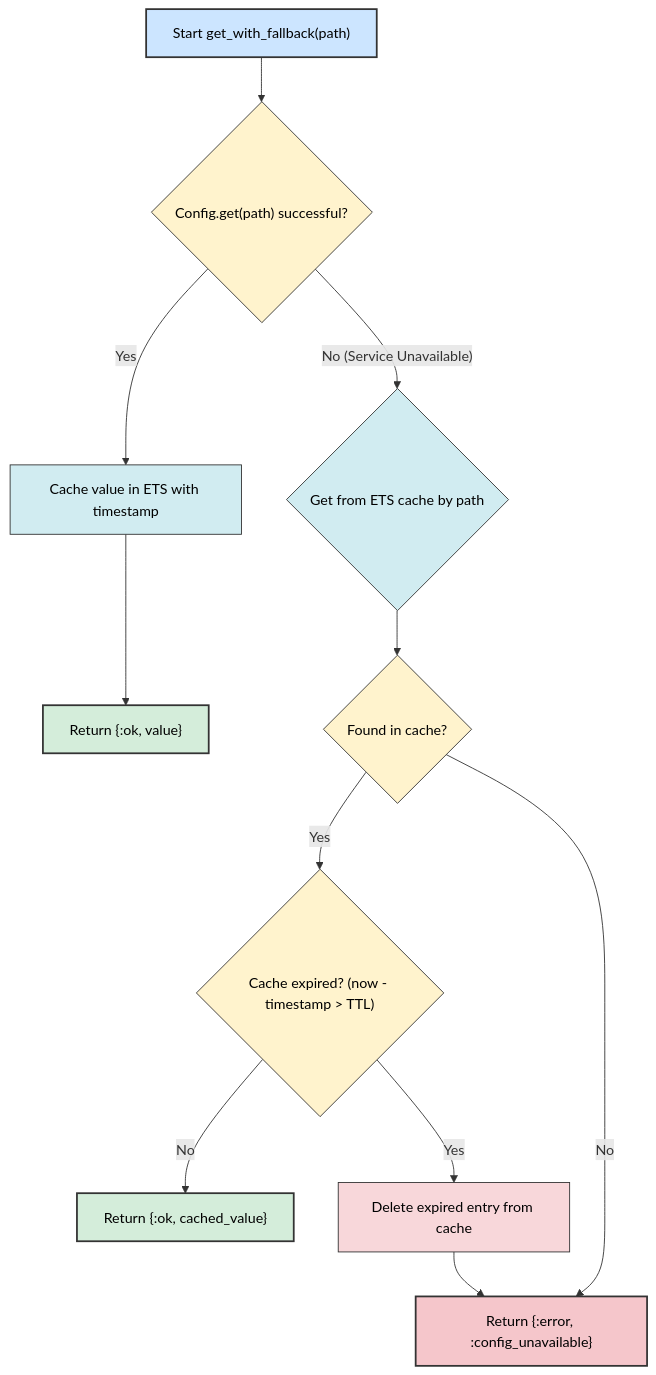
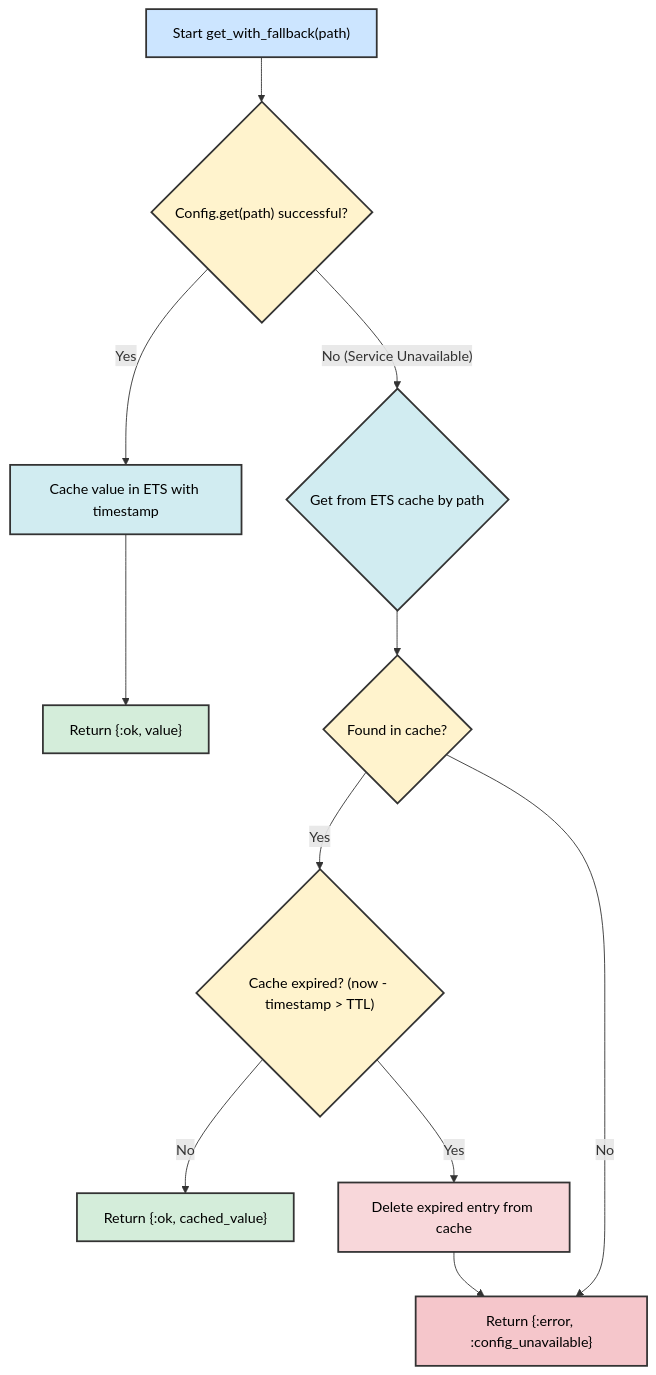
Diagram 11 of 11 in docs/ARCH_DIAGS.md (nshkrdotcom/foundation), drawn with Mermaid before and after one commit. The commit also changed other lines of this file, not shown here.

````diff
--- a/docs/ARCH_DIAGS.md
+++ b/docs/ARCH_DIAGS.md
@@ -544,28 +544,28 @@
 ```mermaid
 flowchart TD
     Start["Start get_with_fallback(path)"] --> A{"Config.get(path) successful?"}
     
     A -- "Yes" --> B["Cache value in ETS with timestamp"]
     B --> C["Return {:ok, value}"]
     
     A -- "No (Service Unavailable)" --> D{"Get from ETS cache by path"}
     D --> E{"Found in cache?"}
     
     E -- "Yes" --> F{"Cache expired? (now - timestamp > TTL)"}
     F -- "No" --> G["Return {:ok, cached_value}"]
     F -- "Yes" --> H["Delete expired entry from cache"]
     H --> I["Return {:error, :config_unavailable}"]
     
     E -- "No" --> I
 
-    style Start fill:#cce5ff,stroke:#333,stroke-width:2px,color:#000
-    style A fill:#fff3cd,stroke:#333,stroke-width:1px,color:#000
-    style E fill:#fff3cd,stroke:#333,stroke-width:1px,color:#000
-    style F fill:#fff3cd,stroke:#333,stroke-width:1px,color:#000
-    style B fill:#d1ecf1,stroke:#333,stroke-width:1px,color:#000
-    style D fill:#d1ecf1,stroke:#333,stroke-width:1px,color:#000
-    style H fill:#f8d7da,stroke:#333,stroke-width:1px,color:#000
-    style C fill:#d4edda,stroke:#333,stroke-width:2px,color:#000
-    style G fill:#d4edda,stroke:#333,stroke-width:2px,color:#000
-    style I fill:#f5c6cb,stroke:#333,stroke-width:2px,color:#000
+    style Start fill:#cce5ff,stroke:#333,stroke-width:2,color:#000
+    style A fill:#fff3cd,stroke:#333,stroke-width:2,color:#000
+    style E fill:#fff3cd,stroke:#333,stroke-width:2,color:#000
+    style F fill:#fff3cd,stroke:#333,stroke-width:2,color:#000
+    style B fill:#d1ecf1,stroke:#333,stroke-width:2,color:#000
+    style D fill:#d1ecf1,stroke:#333,stroke-width:2,color:#000
+    style H fill:#f8d7da,stroke:#333,stroke-width:2,color:#000
+    style C fill:#d4edda,stroke:#333,stroke-width:2,color:#000
+    style G fill:#d4edda,stroke:#333,stroke-width:2,color:#000
+    style I fill:#f5c6cb,stroke:#333,stroke-width:2,color:#000
 ```
````
